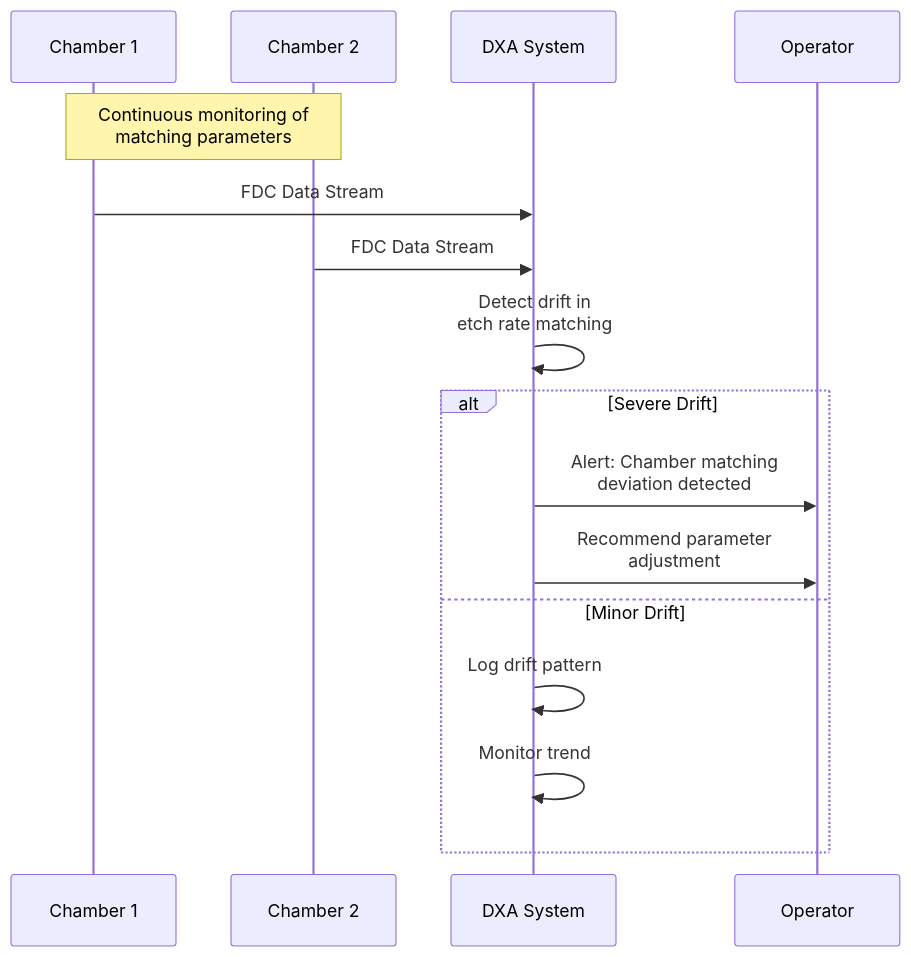
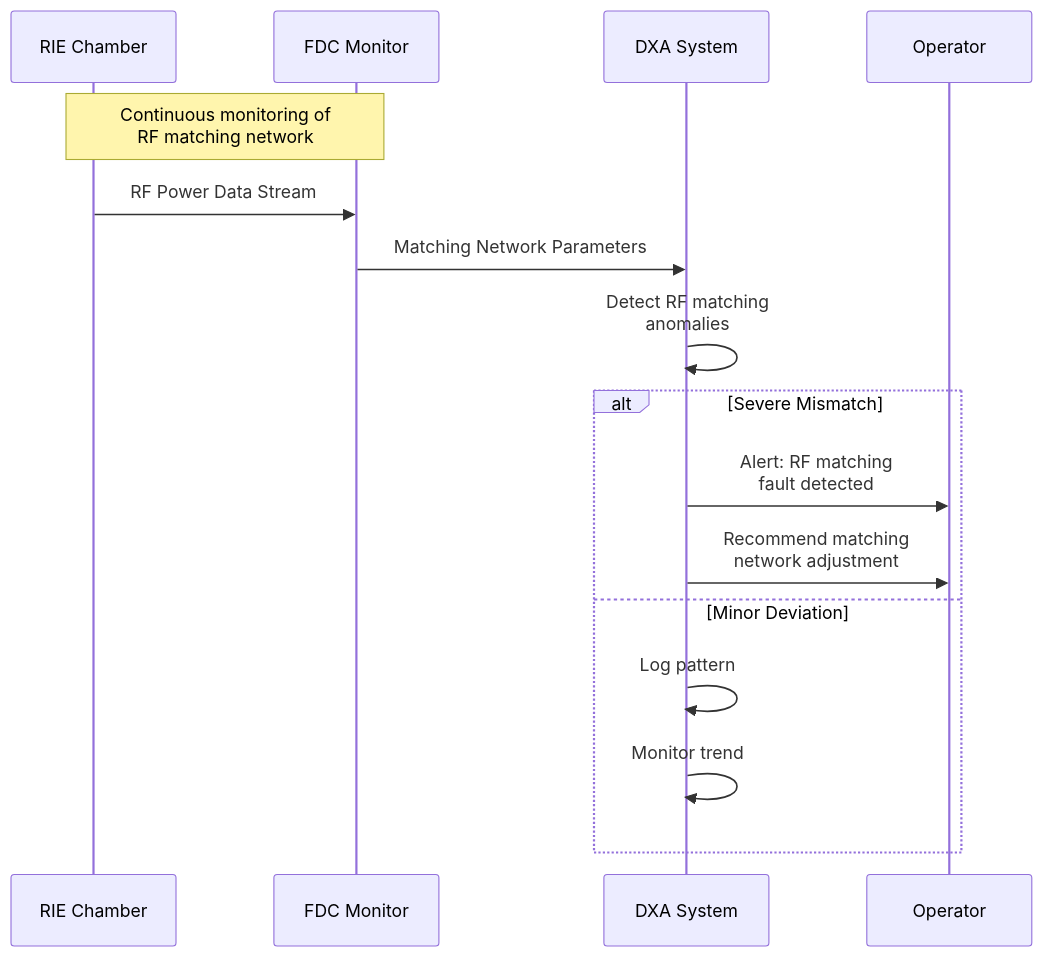
The first of 5 diagrams in docs/requirements/FAB-FAULT-DIAGNOSIS.md (aitomatic/dana), drawn with Mermaid before and after one commit. The commit also changed other lines of this file and 15 other files, not shown here.

````diff
--- a/docs/requirements/FAB-FAULT-DIAGNOSIS.md
+++ b/docs/requirements/FAB-FAULT-DIAGNOSIS.md
@@ -29,20 +83,20 @@
 ```mermaid
 sequenceDiagram
-    participant C1 as Chamber 1
-    participant C2 as Chamber 2
+    participant RIE as RIE Chamber
+    participant FDC as FDC Monitor
     participant DXA as DXA System
     participant Op as Operator
 
-    Note over C1,C2: Continuous monitoring of<br/>matching parameters
-    C1->>DXA: FDC Data Stream
-    C2->>DXA: FDC Data Stream
-    DXA->>DXA: Detect drift in<br/>etch rate matching
+    Note over RIE,FDC: Continuous monitoring of<br/>RF matching network
+    RIE->>FDC: RF Power Data Stream
+    FDC->>DXA: Matching Network Parameters
+    DXA->>DXA: Detect RF matching<br/>anomalies
     
-    alt Severe Drift
-        DXA->>Op: Alert: Chamber matching<br/>deviation detected
-        DXA->>Op: Recommend parameter<br/>adjustment
-    else Minor Drift
-        DXA->>DXA: Log drift pattern
+    alt Severe Mismatch
+        DXA->>Op: Alert: RF matching<br/>fault detected
+        DXA->>Op: Recommend matching<br/>network adjustment
+    else Minor Deviation
+        DXA->>DXA: Log pattern
         DXA->>DXA: Monitor trend
     end
 ```
````
